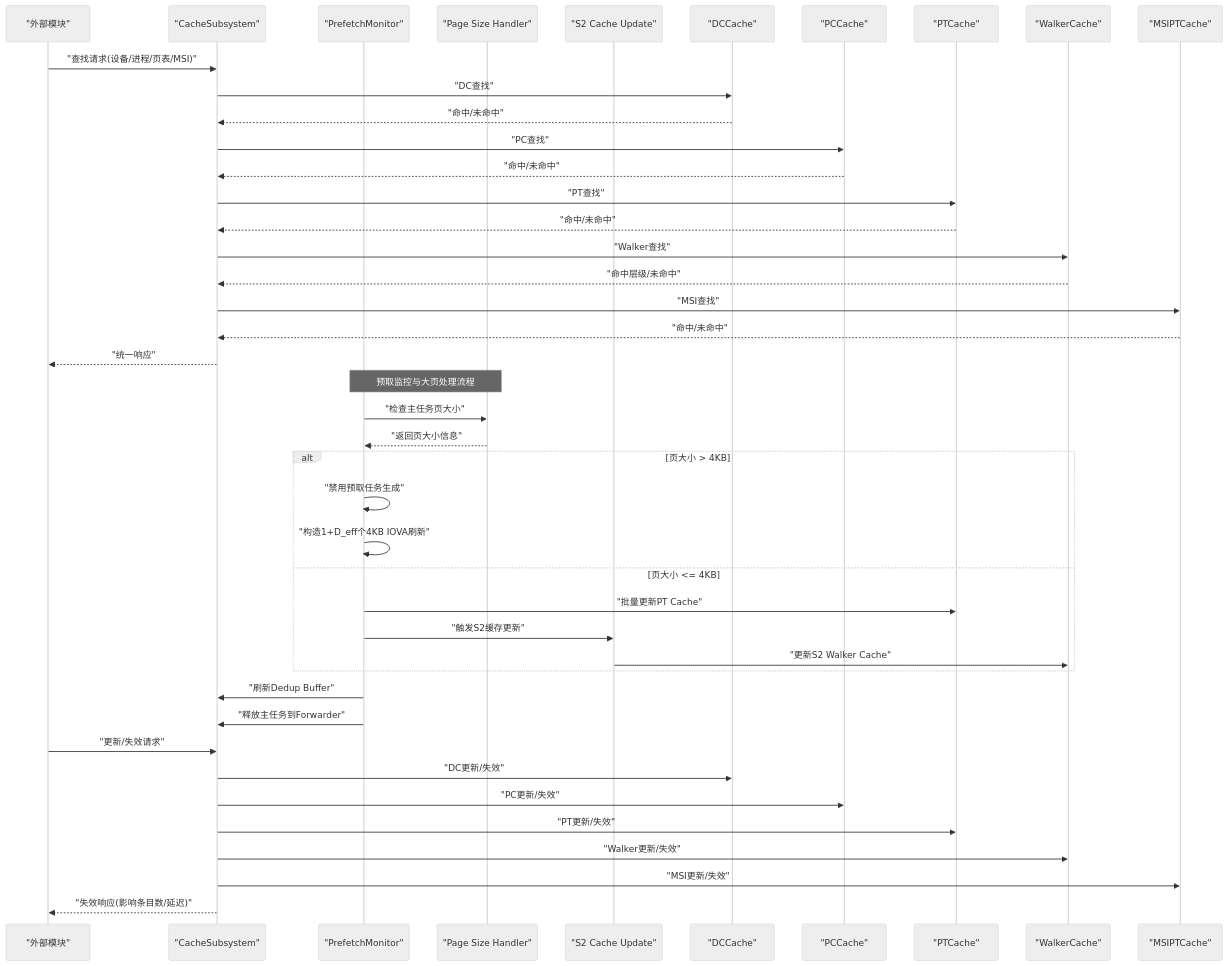
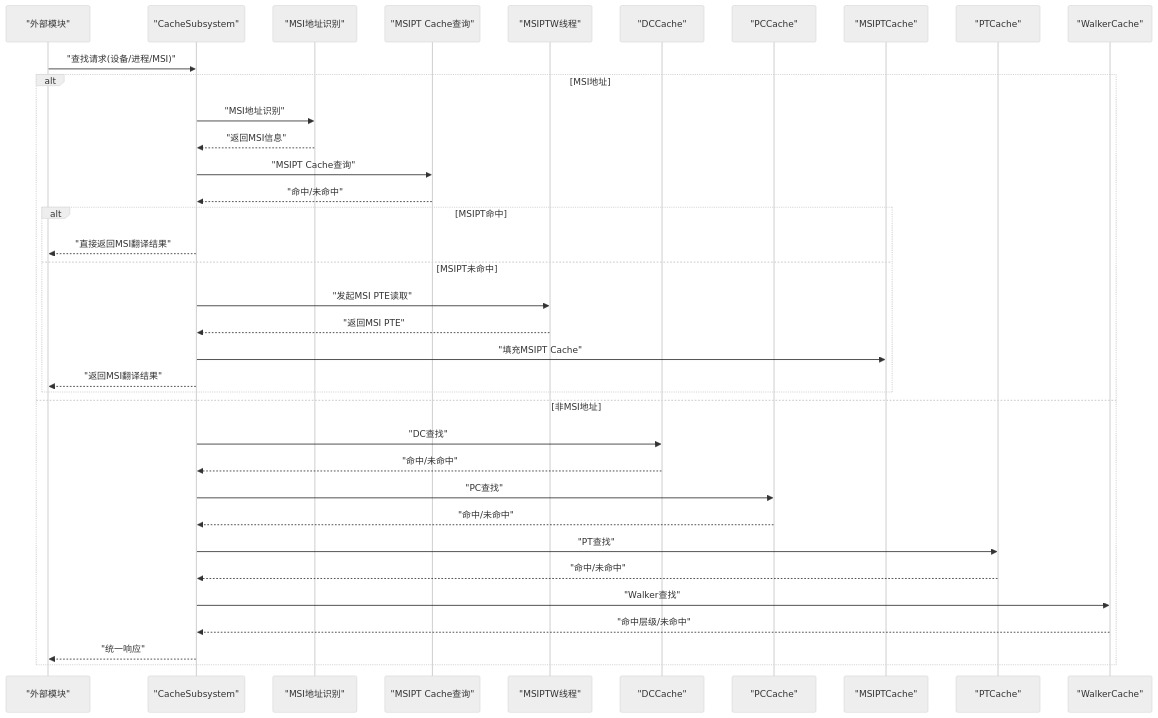
One commit to jiangjiang1122/iommu_model_20260401_v1 changed the second of 12 diagrams in .qoder/repowiki/zh/content/缓存系统/缓存系统.md. Above: the diagram before and after it, drawn with Mermaid (neutral theme). The commit also changed other lines of this file and 159 other files, not shown here.

Commit message:
chore: 更新知识库文档 + 新增PTW并发分析图表与数据文件

````diff
--- a/.qoder/repowiki/zh/content/缓存系统/缓存系统.md
+++ b/.qoder/repowiki/zh/content/缓存系统/缓存系统.md
@@ -147,45 +161,38 @@
 ```mermaid
 sequenceDiagram
 participant Ext as "外部模块"
 participant CS as "CacheSubsystem"
-participant PM as "PrefetchMonitor"
-participant PG as "Page Size Handler"
-participant S2U as "S2 Cache Update"
+participant MSID as "MSI地址识别"
+participant MSIQ as "MSIPT Cache查询"
+participant MSIW as "MSIPTW线程"
 participant DC as "DCCache"
 participant PC as "PCCache"
+participant MSIPT as "MSIPTCache"
 participant PT as "PTCache"
 participant WC as "WalkerCache"
-participant MSI as "MSIPTCache"
-Ext->>CS : "查找请求(设备/进程/页表/MSI)"
+Ext->>CS : "查找请求(设备/进程/MSI)"
+alt MSI地址
+CS->>MSID : "MSI地址识别"
+MSID-->>CS : "返回MSI信息"
+CS->>MSIQ : "MSIPT Cache查询"
+MSIQ-->>CS : "命中/未命中"
+alt MSIPT命中
+CS-->>Ext : "直接返回MSI翻译结果"
+else MSIPT未命中
+CS->>MSIW : "发起MSI PTE读取"
+MSIW-->>CS : "返回MSI PTE"
+CS->>MSIPT : "填充MSIPT Cache"
+CS-->>Ext : "返回MSI翻译结果"
+end
+else 非MSI地址
 CS->>DC : "DC查找"
 DC-->>CS : "命中/未命中"
 CS->>PC : "PC查找"
 PC-->>CS : "命中/未命中"
 CS->>PT : "PT查找"
 PT-->>CS : "命中/未命中"
 CS->>WC : "Walker查找"
 WC-->>CS : "命中层级/未命中"
-CS->>MSI : "MSI查找"
-MSI-->>CS : "命中/未命中"
 CS-->>Ext : "统一响应"
-Note over PM,PG : 预取监控与大页处理流程
-PM->>PG : "检查主任务页大小"
-PG-->>PM : "返回页大小信息"
-alt 页大小 > 4KB
-PM->>PM : "禁用预取任务生成"
-PM->>PM : "构造1+D_eff个4KB IOVA刷新"
-else 页大小 <= 4KB
-PM->>PT : "批量更新PT Cache"
-PM->>S2U : "触发S2缓存更新"
-S2U->>WC : "更新S2 Walker Cache"
 end
-PM->>CS : "刷新Dedup Buffer"
-PM->>CS : "释放主任务到Forwarder"
-Ext->>CS : "更新/失效请求"
-CS->>DC : "DC更新/失效"
-CS->>PC : "PC更新/失效"
-CS->>PT : "PT更新/失效"
-CS->>WC : "Walker更新/失效"
-CS->>MSI : "MSI更新/失效"
-CS-->>Ext : "失效响应(影响条目数/延迟)"
 ```
````
